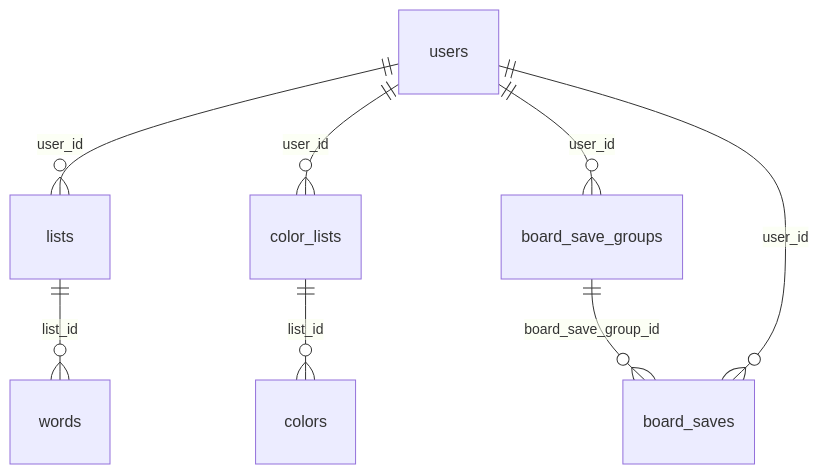
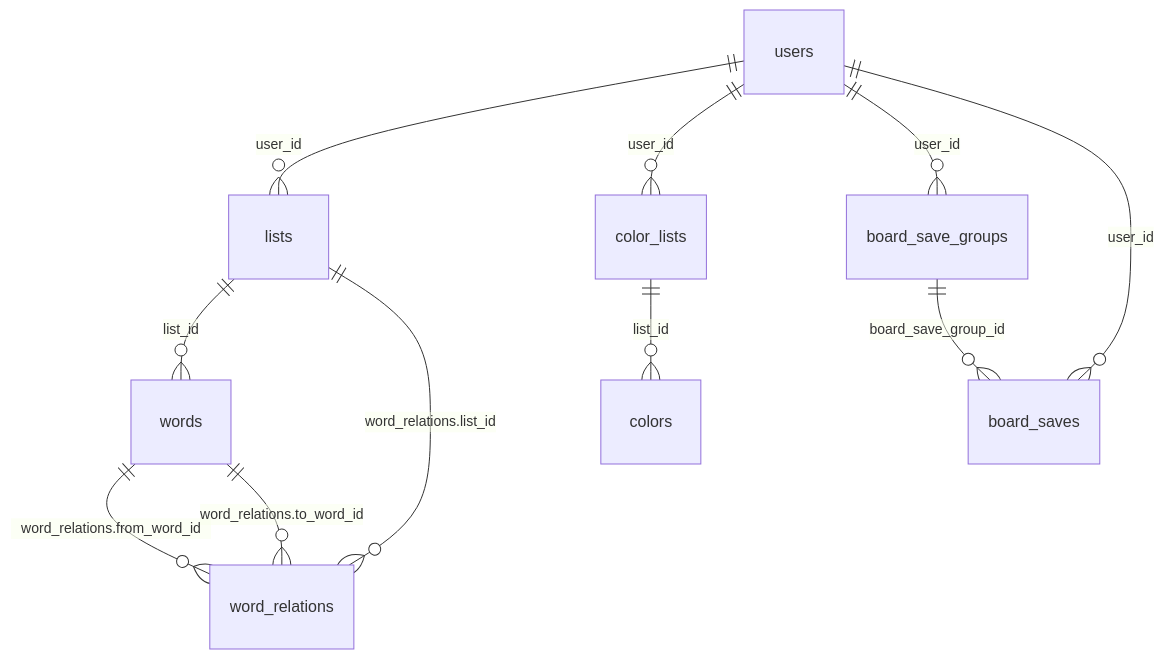
The second of 6 diagrams in docs/database-uml.md (f4mqfm/cellauto_api), drawn with Mermaid before and after one commit. The commit also changed other lines of this file and 13 other files, not shown here.

````diff
--- a/docs/database-uml.md
+++ b/docs/database-uml.md
@@ -92,10 +106,13 @@
 ```mermaid
 erDiagram
     users ||--o{ lists : "user_id"
     lists ||--o{ words : "list_id"
+    lists ||--o{ word_relations : "word_relations.list_id"
+    words ||--o{ word_relations : "word_relations.from_word_id"
+    words ||--o{ word_relations : "word_relations.to_word_id"
     users ||--o{ color_lists : "user_id"
     color_lists ||--o{ colors : "list_id"
     users ||--o{ board_save_groups : "user_id"
     board_save_groups ||--o{ board_saves : "board_save_group_id"
     users ||--o{ board_saves : "user_id"
 ```
````
